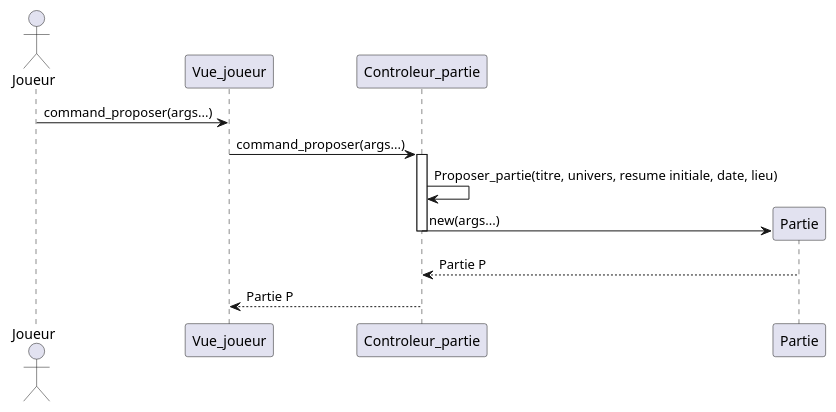
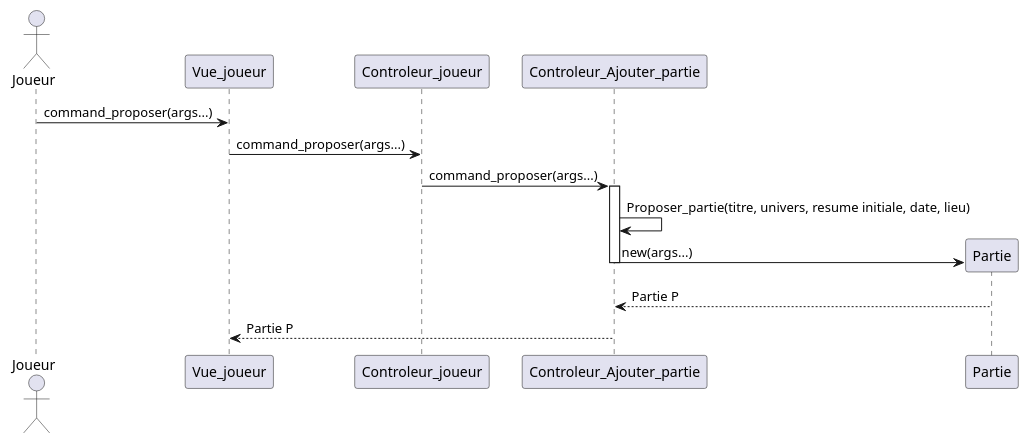
The diagram in diagrams/sequence_technique_proposer_partie.wsd (Stefy237/projet-gl), drawn with PlantUML before and after one commit.

Commit message:
Fix: modification des diagrammes de sequences techniques

```diff
--- a/diagrams/sequence_technique_proposer_partie.wsd
+++ b/diagrams/sequence_technique_proposer_partie.wsd
@@ -1,17 +1,18 @@
 @startuml
 actor Joueur
 
 Joueur -> Vue_joueur: command_proposer(args...)
-Vue_joueur -> Controleur_partie: command_proposer(args...)
-activate Controleur_partie
-Controleur_partie -> Controleur_partie : Proposer_partie(titre, univers, resume initiale, date, lieu)
+Vue_joueur -> Controleur_joueur: command_proposer(args...)
+Controleur_joueur -> Controleur_Ajouter_partie: command_proposer(args...)
+activate Controleur_Ajouter_partie
+Controleur_Ajouter_partie -> Controleur_Ajouter_partie : Proposer_partie(titre, univers, resume initiale, date, lieu)
 create Partie
 
-Controleur_partie-> Partie: new(args...)
-deactivate Controleur_partie
-Partie --> Controleur_partie: Partie P
-Controleur_partie--> Vue_joueur: Partie P
+Controleur_Ajouter_partie-> Partie: new(args...)
+deactivate Controleur_Ajouter_partie
+Partie --> Controleur_Ajouter_partie: Partie P
+Controleur_Ajouter_partie--> Vue_joueur: Partie P
 
 
 
 @enduml
```
